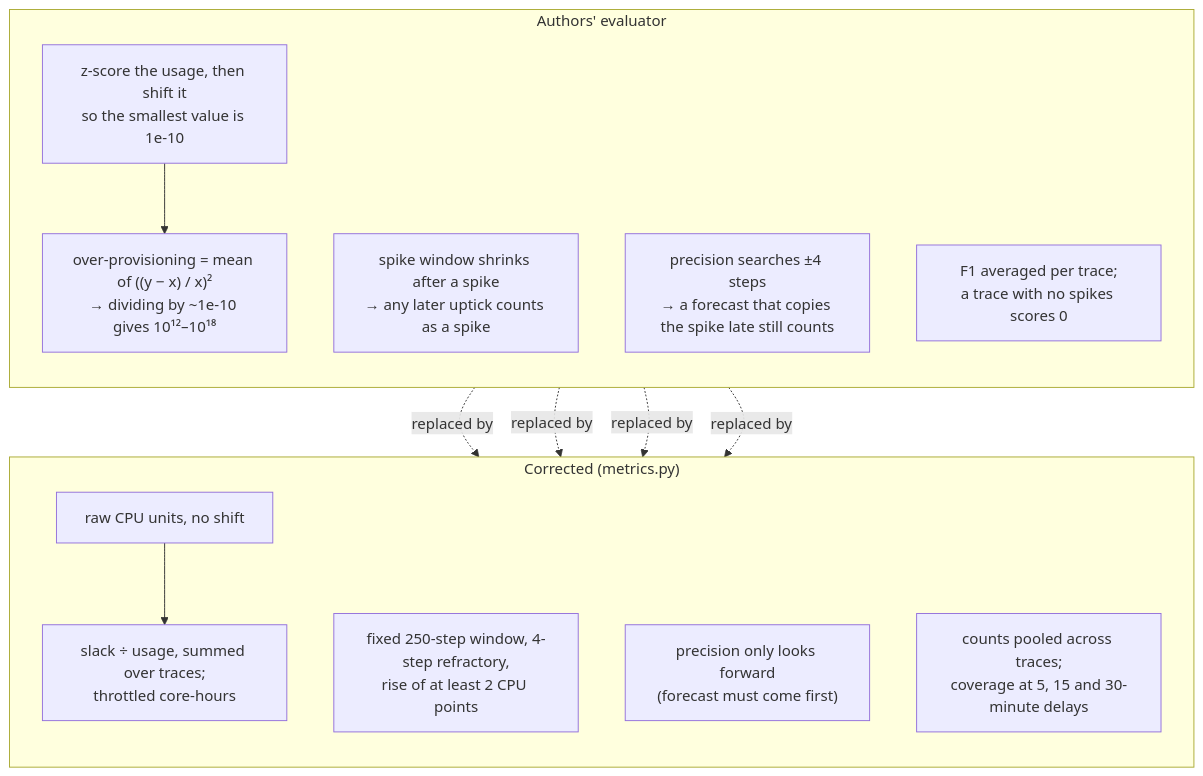
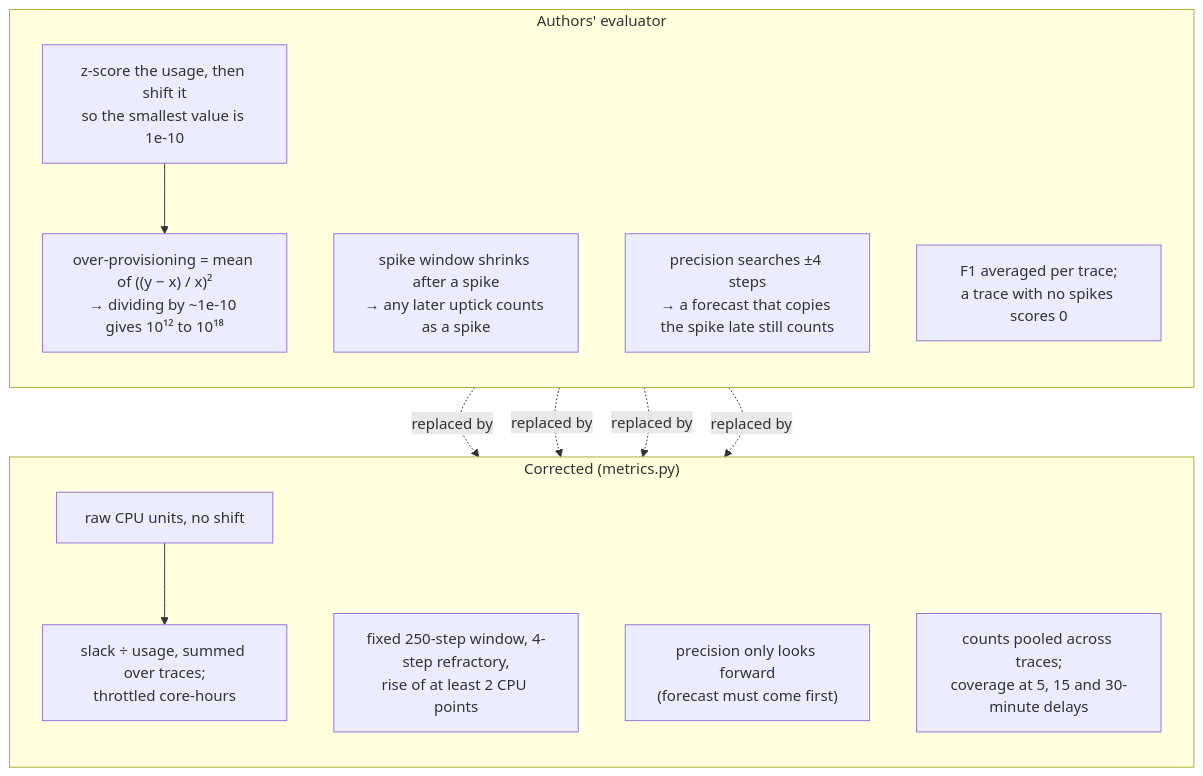
Before and after one commit to ashutosharma2/SpikeCheck: the third of 5 diagrams in docs/architecture.md, drawn with Mermaid. The commit also changed other lines of this file, not shown here.

Commit message:
Plainer wording around the architecture diagrams

````diff
--- a/docs/architecture.md
+++ b/docs/architecture.md
@@ -96,25 +96,25 @@
 ```mermaid
 flowchart TB
     subgraph PAPER["Authors' evaluator"]
         direction TB
         P1["z-score the usage, then shift it<br/>so the smallest value is 1e-10"]
-        P2["over-provisioning = mean of ((y − x) / x)²<br/>→ dividing by ~1e-10 gives 10¹²–10¹⁸"]
+        P2["over-provisioning = mean of ((y − x) / x)²<br/>→ dividing by ~1e-10 gives 10¹² to 10¹⁸"]
         P3["spike window shrinks after a spike<br/>→ any later uptick counts as a spike"]
         P4["precision searches ±4 steps<br/>→ a forecast that copies the spike late still counts"]
         P5["F1 averaged per trace;<br/>a trace with no spikes scores 0"]
         P1 --> P2
     end
     subgraph FIXED["Corrected (metrics.py)"]
         direction TB
         F1["raw CPU units, no shift"]
         F2["slack ÷ usage, summed over traces;<br/>throttled core-hours"]
         F3["fixed 250-step window, 4-step refractory,<br/>rise of at least 2 CPU points"]
         F4["precision only looks forward<br/>(forecast must come first)"]
         F5["counts pooled across traces;<br/>coverage at 5, 15 and 30-minute delays"]
         F1 --> F2
     end
     P2 -. "replaced by" .-> F2
     P3 -. "replaced by" .-> F3
     P4 -. "replaced by" .-> F4
     P5 -. "replaced by" .-> F5
 ```
````
